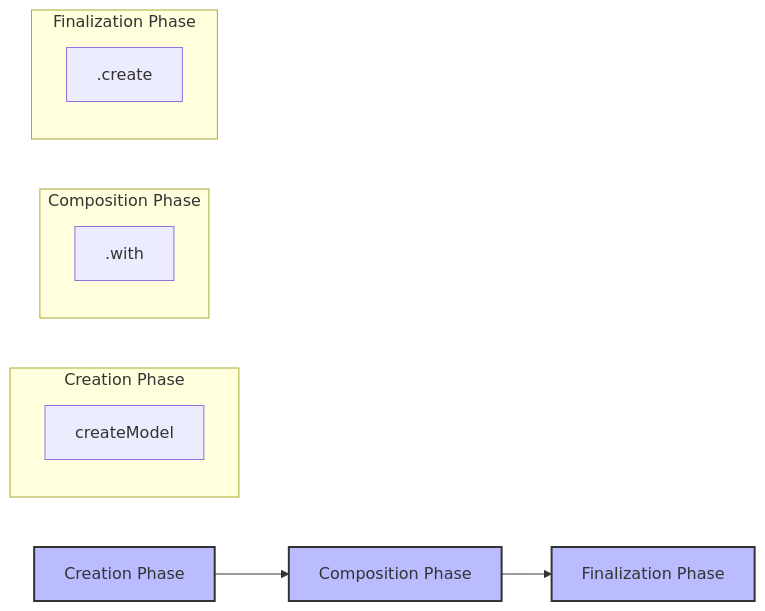
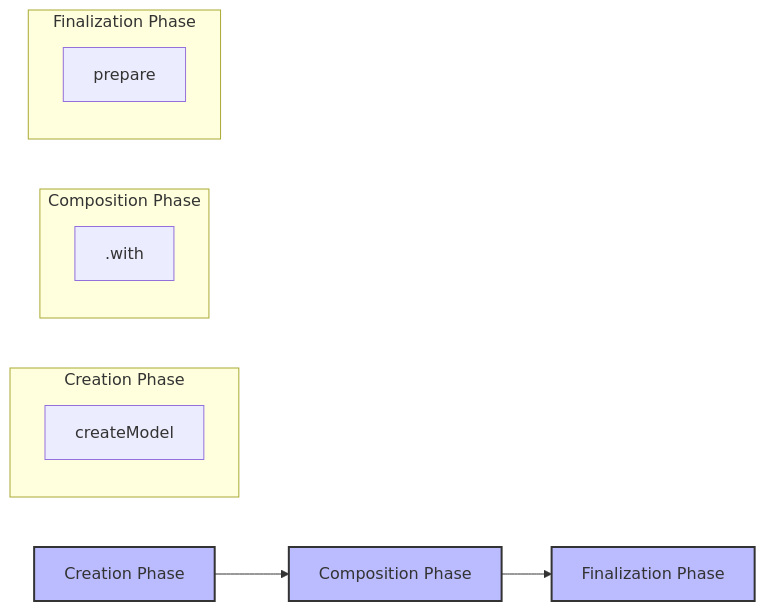
One commit to hejhi/rimitive changed the third of 4 diagrams in README.md. Above: the diagram before and after it, drawn with Mermaid. The commit also changed other lines of this file and 8 other files, not shown here.

````diff
--- a/README.md
+++ b/README.md
@@ -88,20 +108,20 @@
 ```mermaid
 graph LR
     CP[Creation Phase] --> CoP[Composition Phase]
     CoP --> FP[Finalization Phase]
     
     subgraph "Creation Phase"
         CM[createModel]
     end
     
     subgraph "Composition Phase"
         W[.with]
     end
     
     subgraph "Finalization Phase"
-        C[.create]
+        P[prepare]
     end
     
     classDef phase fill:#bbf,stroke:#333,stroke-width:2px;
     class CP,CoP,FP phase;
 ```
````
